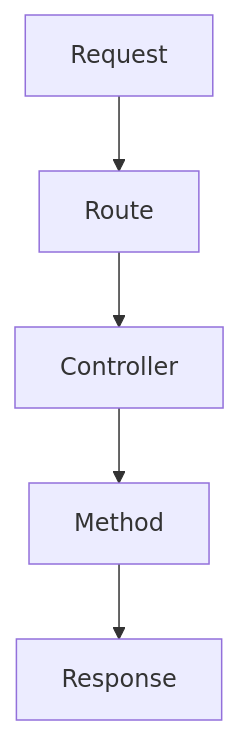
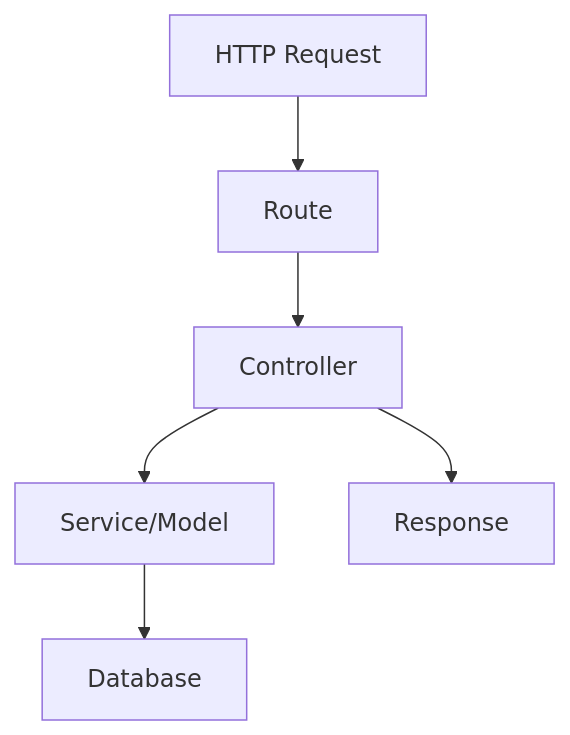
The diagram in laravel-8.x/11-controllers.md (abhayraj-ops/Laravel-Docs), drawn with Mermaid before and after one commit. The commit also changed other lines of this file, not shown here.

````diff
--- a/laravel-8.x/11-controllers.md
+++ b/laravel-8.x/11-controllers.md
@@ -161,7 +260,8 @@
 ```mermaid
 graph TD
-    A[Request] --> B[Route]
+    A[HTTP Request] --> B[Route]
     B --> C[Controller]
-    C --> D[Method]
-    D --> E[Response]
+    C --> D[Service/Model]
+    D --> E[Database]
+    C --> F[Response]
 ```
````
